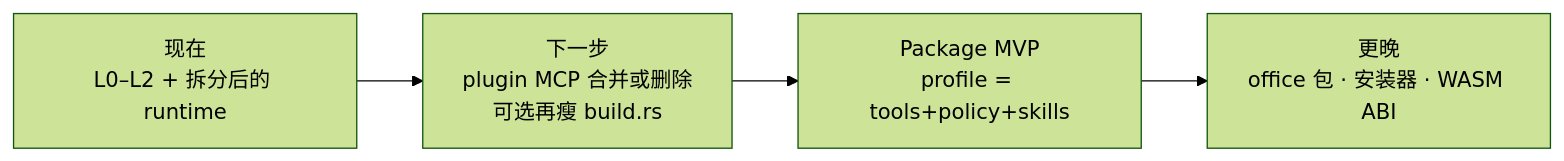
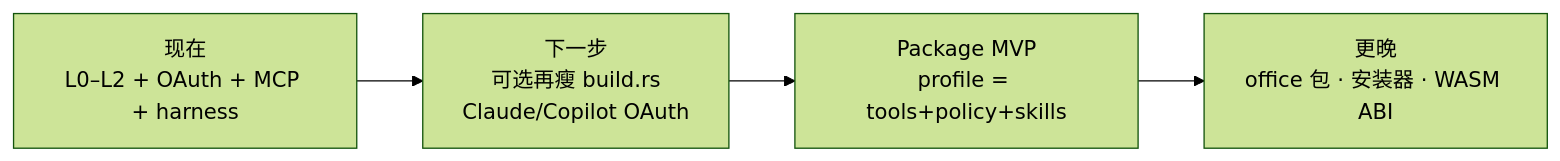
Before and after one commit to zhangsanfeng1094/one: the sixth of 6 diagrams in docs/architecture.md, drawn with Mermaid (forest theme). The commit also changed other lines of this file and 66 other files, not shown here.

````diff
--- a/docs/architecture.md
+++ b/docs/architecture.md
@@ -446,9 +457,9 @@
 ```mermaid
 flowchart LR
-  now["现在<br/>L0–L2 + 拆分后的 runtime"]
-  next["下一步<br/>plugin MCP 合并或删除<br/>可选再瘦 build.rs"]
+  now["现在<br/>L0–L2 + OAuth + MCP + harness"]
+  next["下一步<br/>可选再瘦 build.rs<br/>Claude/Copilot OAuth"]
   pkg["Package MVP<br/>profile = tools+policy+skills"]
   later["更晚<br/>office 包 · 安装器 · WASM ABI"]
 
   now --> next --> pkg --> later
 ```
````
